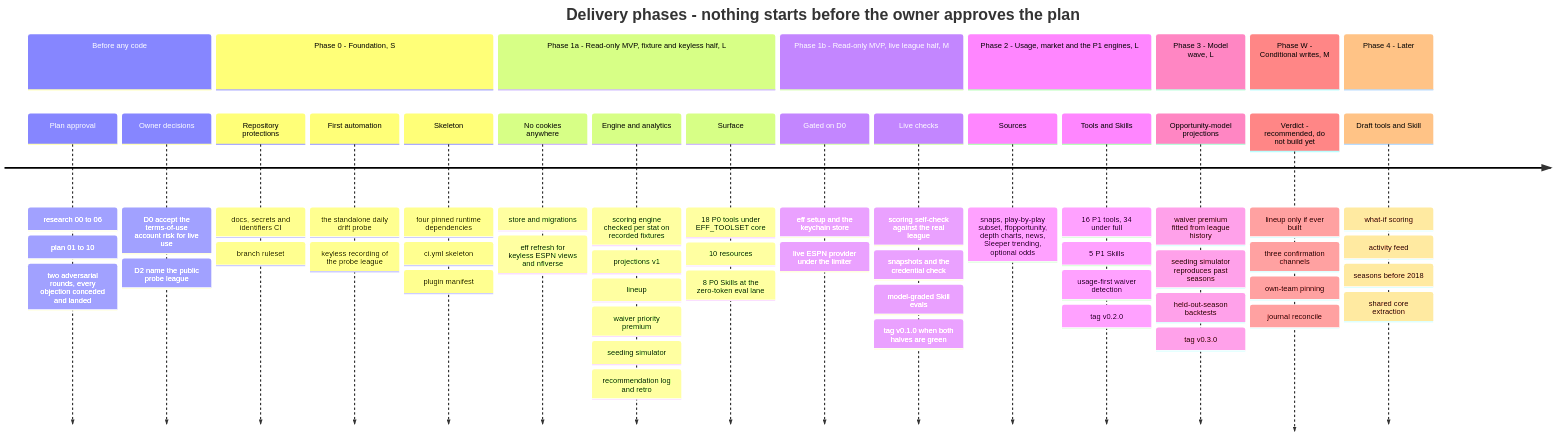
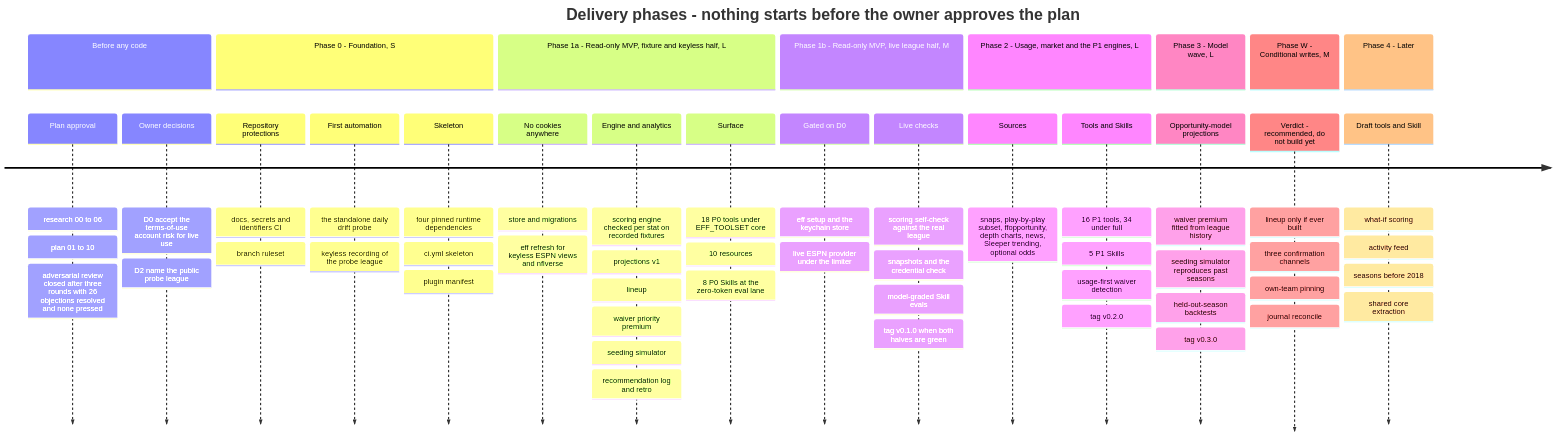
Before and after one commit to ChadPapineau/espn-fantasy-football-mcp: the eighth of 8 diagrams in README.md, drawn with Mermaid. The commit also changed other lines of this file and 3 other files, not shown here.

Commit message:
docs: README — tool and Skills reference, quickstart, credential setup, configuration, launch config, security, testing, contributing, roadmap, FAQ; review totals and indexes aligned with the closed three-round review

````diff
--- a/README.md
+++ b/README.md
@@ -577,28 +588,28 @@
 ```mermaid
 %% 8. Roadmap - phases, not dates. Effort scale from the plan - S is days, M is 1 to 3 weeks, L is 4 to 8 weeks
 timeline
     title Delivery phases - nothing starts before the owner approves the plan
     section Before any code
-        Plan approval : research 00 to 06 : plan 01 to 10 : two adversarial rounds, every objection conceded and landed
+        Plan approval : research 00 to 06 : plan 01 to 10 : adversarial review closed after three rounds with 26 objections resolved and none pressed
         Owner decisions : D0 accept the terms-of-use account risk for live use : D2 name the public probe league
     section Phase 0 - Foundation, S
         Repository protections : docs, secrets and identifiers CI : branch ruleset
         First automation : the standalone daily drift probe : keyless recording of the probe league
         Skeleton : four pinned runtime dependencies : ci.yml skeleton : plugin manifest
     section Phase 1a - Read-only MVP, fixture and keyless half, L
         No cookies anywhere : store and migrations : eff refresh for keyless ESPN views and nflverse
         Engine and analytics : scoring engine checked per stat on recorded fixtures : projections v1 : lineup : waiver priority premium : seeding simulator : recommendation log and retro
         Surface : 18 P0 tools under EFF_TOOLSET core : 10 resources : 8 P0 Skills at the zero-token eval lane
     section Phase 1b - Read-only MVP, live league half, M
         Gated on D0 : eff setup and the keychain store : live ESPN provider under the limiter
         Live checks : scoring self-check against the real league : snapshots and the credential check : model-graded Skill evals : tag v0.1.0 when both halves are green
     section Phase 2 - Usage, market and the P1 engines, L
         Sources : snaps, play-by-play subset, ffopportunity, depth charts, news, Sleeper trending, optional odds
         Tools and Skills : 16 P1 tools, 34 under full : 5 P1 Skills : usage-first waiver detection : tag v0.2.0
     section Phase 3 - Model wave, L
         Opportunity-model projections : waiver premium fitted from league history : seeding simulator reproduces past seasons : held-out-season backtests : tag v0.3.0
     section Phase W - Conditional writes, M
         Verdict - recommended, do not build yet : lineup only if ever built : three confirmation channels : own-team pinning : journal reconcile
     section Phase 4 - Later
         Draft tools and Skill : what-if scoring : activity feed : seasons before 2018 : shared core extraction
 ```
````
